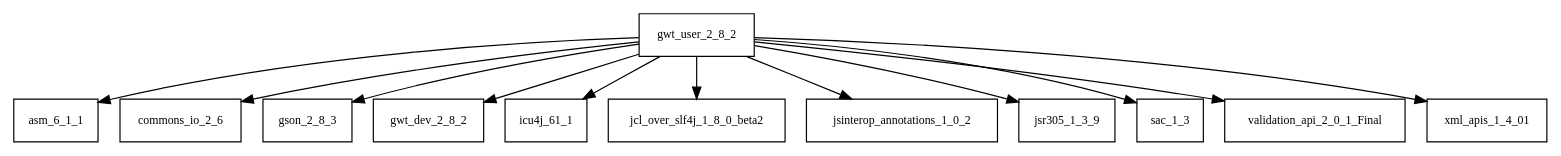
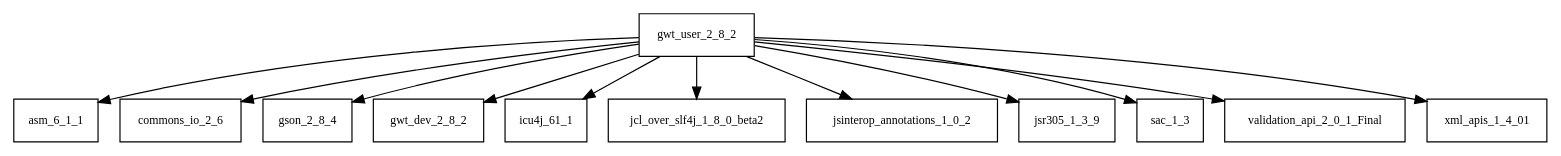
One commit to sjvs/cia changed the diagram in tattleTaleReport/graphviz/gwt-user-2.8.2.jar/gwt-user-2.8.2.jar.dot. Above: the diagram before and after it, drawn with Graphviz. The commit also changed 2298 other files, not shown here.

```diff
--- a/tattleTaleReport/graphviz/gwt-user-2.8.2.jar/gwt-user-2.8.2.jar.dot
+++ b/tattleTaleReport/graphviz/gwt-user-2.8.2.jar/gwt-user-2.8.2.jar.dot
@@ -1,14 +1,14 @@
 digraph gwt_user_2_8_2_dependencies {
   node [shape = box, fontsize=10.0];
   gwt_user_2_8_2 -> asm_6_1_1;
   gwt_user_2_8_2 -> commons_io_2_6;
-  gwt_user_2_8_2 -> gson_2_8_3;
+  gwt_user_2_8_2 -> gson_2_8_4;
   gwt_user_2_8_2 -> gwt_dev_2_8_2;
   gwt_user_2_8_2 -> icu4j_61_1;
   gwt_user_2_8_2 -> jcl_over_slf4j_1_8_0_beta2;
   gwt_user_2_8_2 -> jsinterop_annotations_1_0_2;
   gwt_user_2_8_2 -> jsr305_1_3_9;
   gwt_user_2_8_2 -> sac_1_3;
   gwt_user_2_8_2 -> validation_api_2_0_1_Final;
   gwt_user_2_8_2 -> xml_apis_1_4_01;
 }
```
